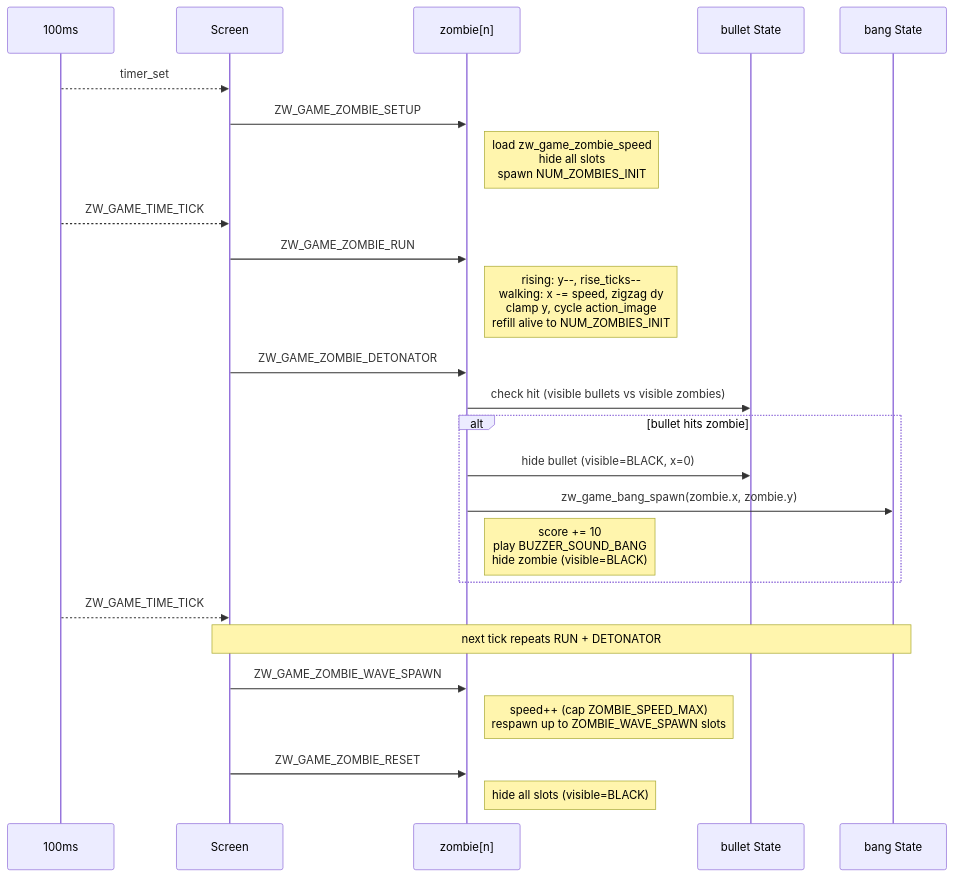
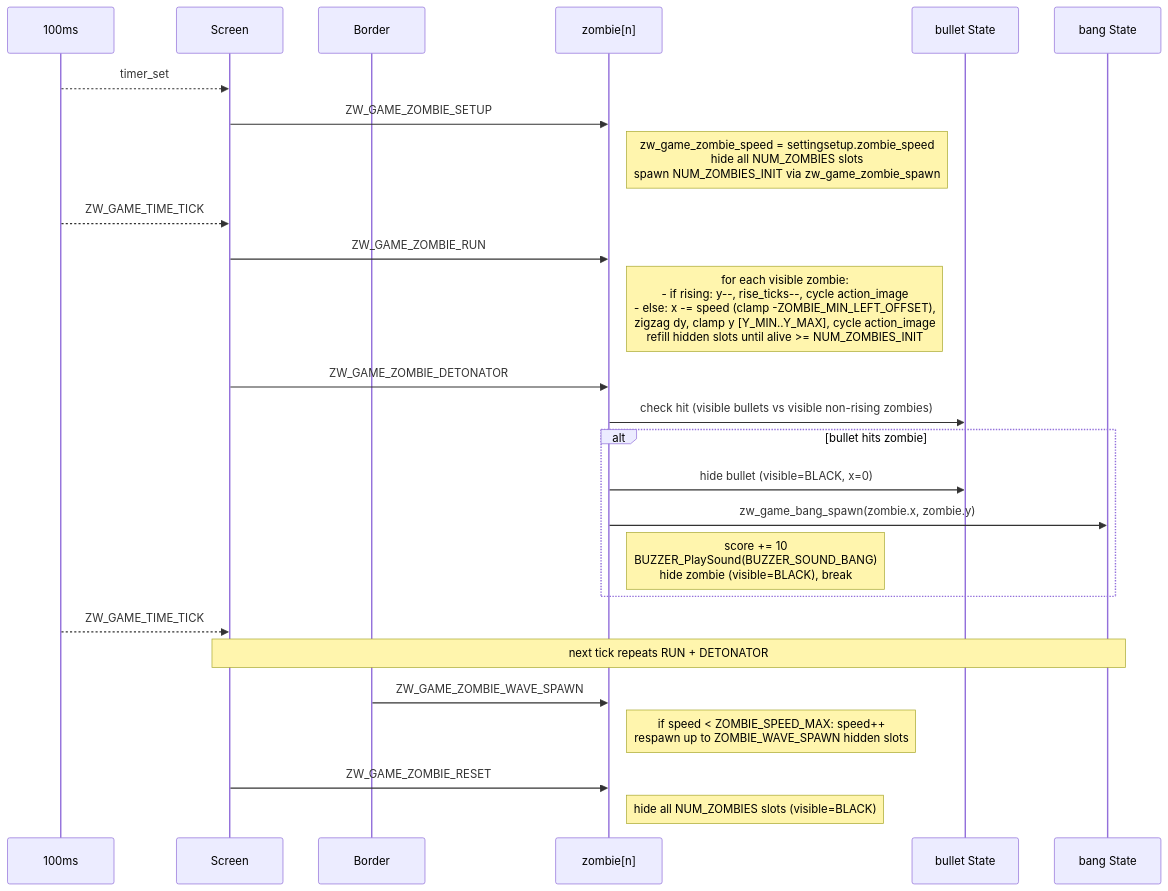
Before and after one commit to caotrongphuoc/mini-clock: the diagram in docs/object_sequence.md, drawn with Mermaid.

Commit message:
[UPDATE] zombie's sequence

````diff
--- a/docs/object_sequence.md
+++ b/docs/object_sequence.md
@@ -45,33 +45,34 @@
 ```mermaid
 sequenceDiagram
     participant Timer as 100ms
     participant Screen
+    participant Border
     participant Zombie as zombie[n]
     participant Bullet as bullet State
     participant Bang as bang State
 
     Timer-->>Screen: timer_set
     Screen->>Zombie: ZW_GAME_ZOMBIE_SETUP
-    Note right of Zombie: load zw_game_zombie_speed<br/>hide all slots<br/>spawn NUM_ZOMBIES_INIT
+    Note right of Zombie: zw_game_zombie_speed = settingsetup.zombie_speed<br/>hide all NUM_ZOMBIES slots<br/>spawn NUM_ZOMBIES_INIT via zw_game_zombie_spawn
 
     Timer-->>Screen: ZW_GAME_TIME_TICK
     Screen->>Zombie: ZW_GAME_ZOMBIE_RUN
-    Note right of Zombie: rising: y--, rise_ticks--<br/>walking: x -= speed, zigzag dy<br/>clamp y, cycle action_image<br/>refill alive to NUM_ZOMBIES_INIT
+    Note right of Zombie: for each visible zombie:<br/>- if rising: y--, rise_ticks--, cycle action_image<br/>- else: x -= speed (clamp -ZOMBIE_MIN_LEFT_OFFSET),<br/>  zigzag dy, clamp y [Y_MIN..Y_MAX], cycle action_image<br/>refill hidden slots until alive >= NUM_ZOMBIES_INIT
 
     Screen->>Zombie: ZW_GAME_ZOMBIE_DETONATOR
-    Zombie->>Bullet: check hit (visible bullets vs visible zombies)
+    Zombie->>Bullet: check hit (visible bullets vs visible non-rising zombies)
     alt bullet hits zombie
         Zombie->>Bullet: hide bullet (visible=BLACK, x=0)
         Zombie->>Bang: zw_game_bang_spawn(zombie.x, zombie.y)
-        Note right of Zombie: score += 10<br/>play BUZZER_SOUND_BANG<br/>hide zombie (visible=BLACK)
+        Note right of Zombie: score += 10<br/>BUZZER_PlaySound(BUZZER_SOUND_BANG)<br/>hide zombie (visible=BLACK), break
     end
 
     Timer-->>Screen: ZW_GAME_TIME_TICK
     Note over Screen,Bang: next tick repeats RUN + DETONATOR
 
-    Screen->>Zombie: ZW_GAME_ZOMBIE_WAVE_SPAWN
-    Note right of Zombie: speed++ (cap ZOMBIE_SPEED_MAX)<br/>respawn up to ZOMBIE_WAVE_SPAWN slots
+    Border->>Zombie: ZW_GAME_ZOMBIE_WAVE_SPAWN
+    Note right of Zombie: if speed < ZOMBIE_SPEED_MAX: speed++<br/>respawn up to ZOMBIE_WAVE_SPAWN hidden slots
 
     Screen->>Zombie: ZW_GAME_ZOMBIE_RESET
-    Note right of Zombie: hide all slots (visible=BLACK)
+    Note right of Zombie: hide all NUM_ZOMBIES slots (visible=BLACK)
 ```
````
